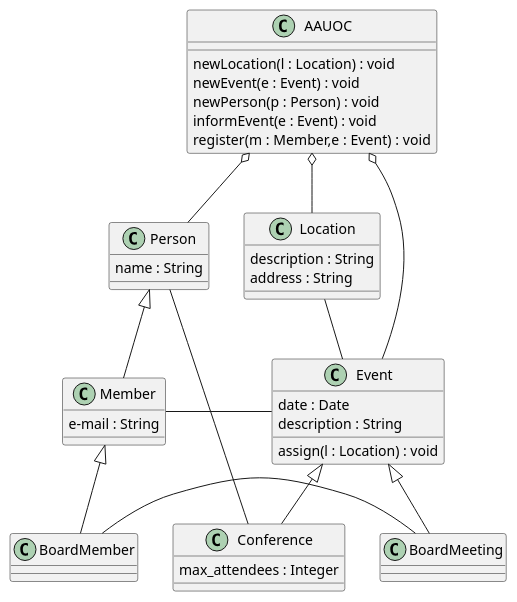
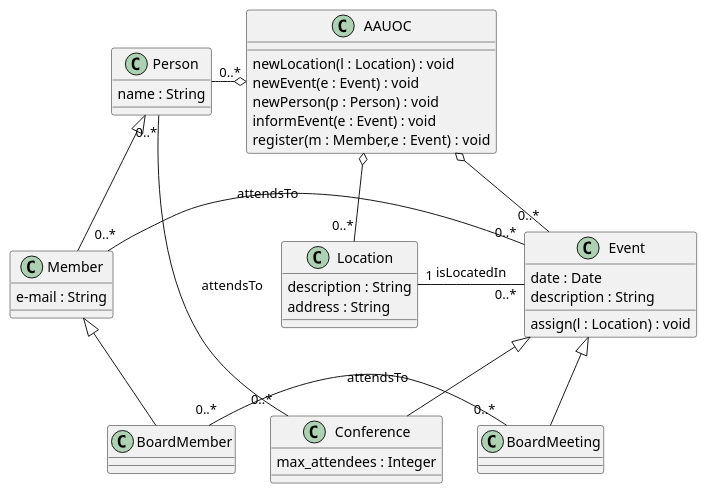
The diagram in src/UMLClasesIvan.puml (intVand/UMLClasesIvan), drawn with PlantUML before and after one commit.

```diff
--- a/src/UMLClasesIvan.puml
+++ b/src/UMLClasesIvan.puml
@@ -1,64 +1,64 @@
 @startuml
 
 class AAUOC {
     newLocation(l : Location) : void
     newEvent(e : Event) : void
     newPerson(p : Person) : void
     informEvent(e : Event) : void
     register(m : Member,e : Event) : void
 }
 
 class Location {
     description : String
     address : String
 }
 
 class Event {
     date : Date
     description : String
     assign(l : Location) : void
 }
 
 class Conference {
     max_attendees : Integer
 }
 
 class BoardMeeting {
 
 }
 
 class Person {
     name : String
 }
 
 class Member {
     e-mail : String
 }
 
 class BoardMember {
 
 }
 
-AAUOC o-- Location
+AAUOC o-down- "0..*" Location
 
-AAUOC o-- Event
+AAUOC o-down- "0..*" Event
 
-AAUOC o-- Person
+AAUOC o-left- "0..*" Person
 
-Location - Event
+Location "1" - "0..*" Event : isLocatedIn
 
-Person -- Conference
+Person "0..*" -- "0..*" Conference : attendsTo
 
 Event <|-- Conference
 
 Event <|-- BoardMeeting
 
 Person <|-down- Member
 
 Member <|-down- BoardMember
 
-Member - Event
+Member "0..*" - "0..*" Event : attendsTo
 
-BoardMember - BoardMeeting
+BoardMember "0..*" - "0..*" BoardMeeting : attendsTo
 
 @enduml
```
